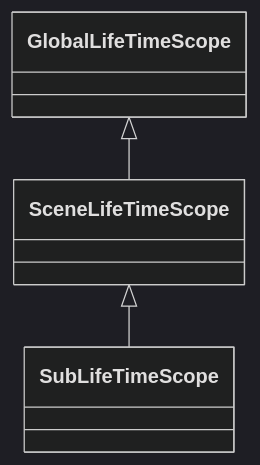
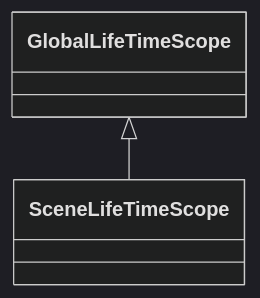
One commit to JIN5EOK/DungeonShooter changed the first of 3 diagrams in Assets/_README/의존성관리_설계.md. Above: the diagram before and after it, drawn with Mermaid (dark theme). The commit also changed other lines of this file and 5 other files, not shown here.

````diff
--- a/Assets/_README/의존성관리_설계.md
+++ b/Assets/_README/의존성관리_설계.md
@@ -9,5 +9,4 @@
 ```mermaid
 classDiagram    
     GlobalLifeTimeScope <|-- SceneLifeTimeScope
-    SceneLifeTimeScope <|-- SubLifeTimeScope
 ```
````
